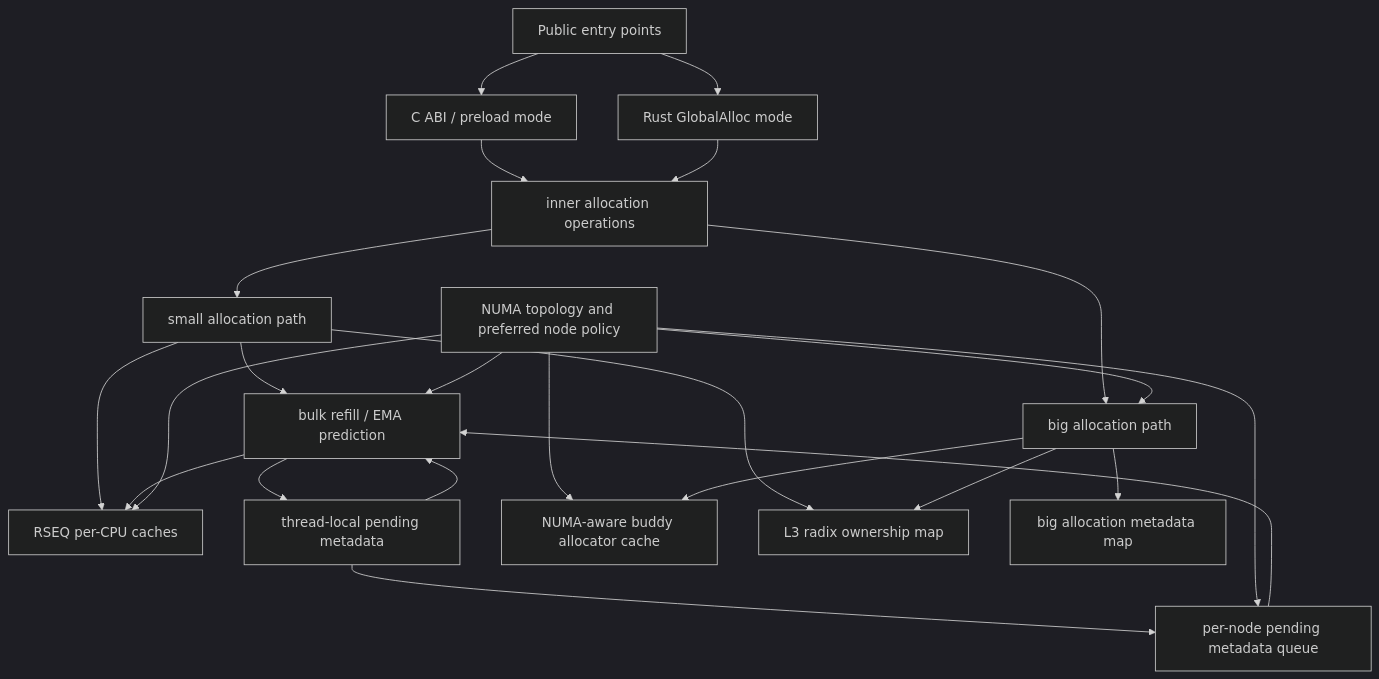
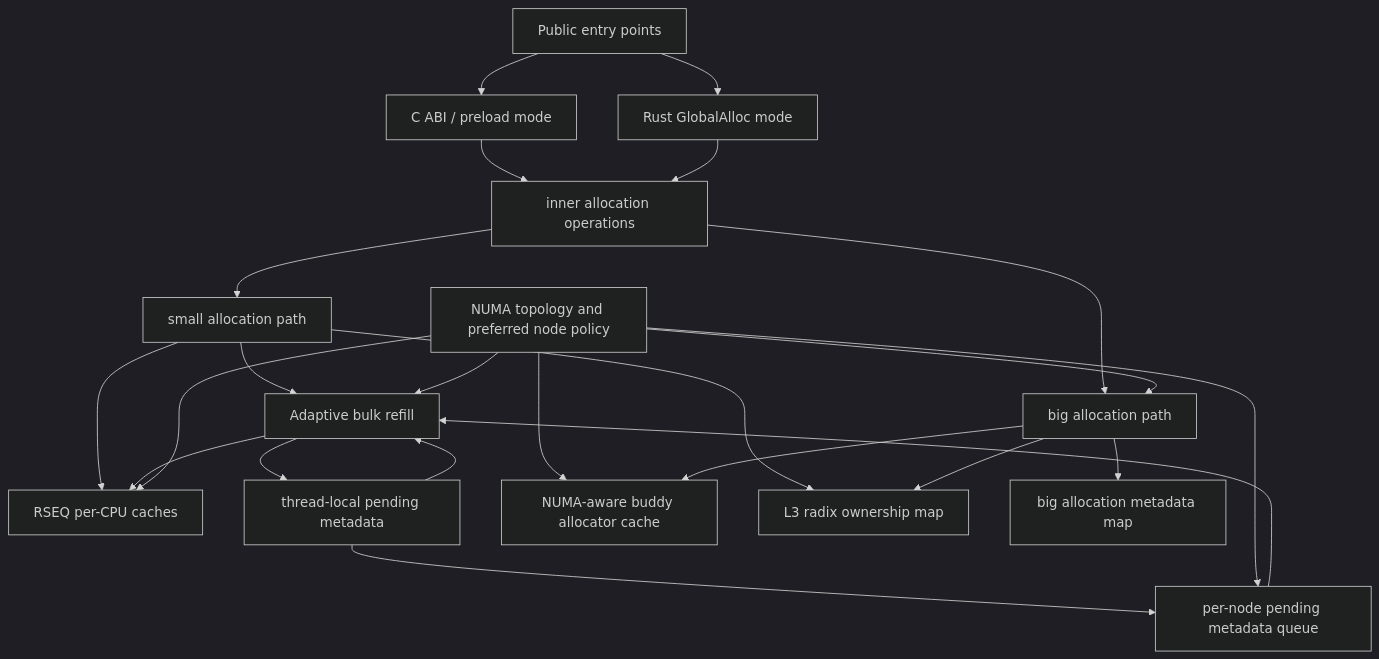
Before and after one commit to Metehan120/rsmalloc: the first of 4 diagrams in architecture.md, drawn with Mermaid (dark theme).

````diff
--- a/architecture.md
+++ b/architecture.md
@@ -15,40 +15,40 @@
 ```mermaid
 flowchart TD
     API[Public entry points]
     ABI[C ABI / preload mode]
     GLOBAL[Rust GlobalAlloc mode]
     INNER[inner allocation operations]
     SMALL[small allocation path]
     RSEQ[RSEQ per-CPU caches]
-    REFILL[bulk refill / EMA prediction]
+    REFILL[Adaptive bulk refill]
     PENDING[per-node pending metadata queue]
     TLS[thread-local pending metadata]
     NUMA[NUMA topology and preferred node policy]
     BIG[big allocation path]
     BUDDY[NUMA-aware buddy allocator cache]
     RADIX[L3 radix ownership map]
     MAP[big allocation metadata map]
 
     API --> ABI
     API --> GLOBAL
     ABI --> INNER
     GLOBAL --> INNER
     INNER --> SMALL
     INNER --> BIG
     SMALL --> RSEQ
     SMALL --> REFILL
     REFILL --> TLS
     TLS --> REFILL
     TLS --> PENDING
     PENDING --> REFILL
     REFILL --> RSEQ
     NUMA --> RSEQ
     NUMA --> REFILL
     NUMA --> PENDING
     NUMA --> BUDDY
     NUMA --> BIG
     BIG --> BUDDY
     BIG --> MAP
     SMALL --> RADIX
     BIG --> RADIX
 ```
````
